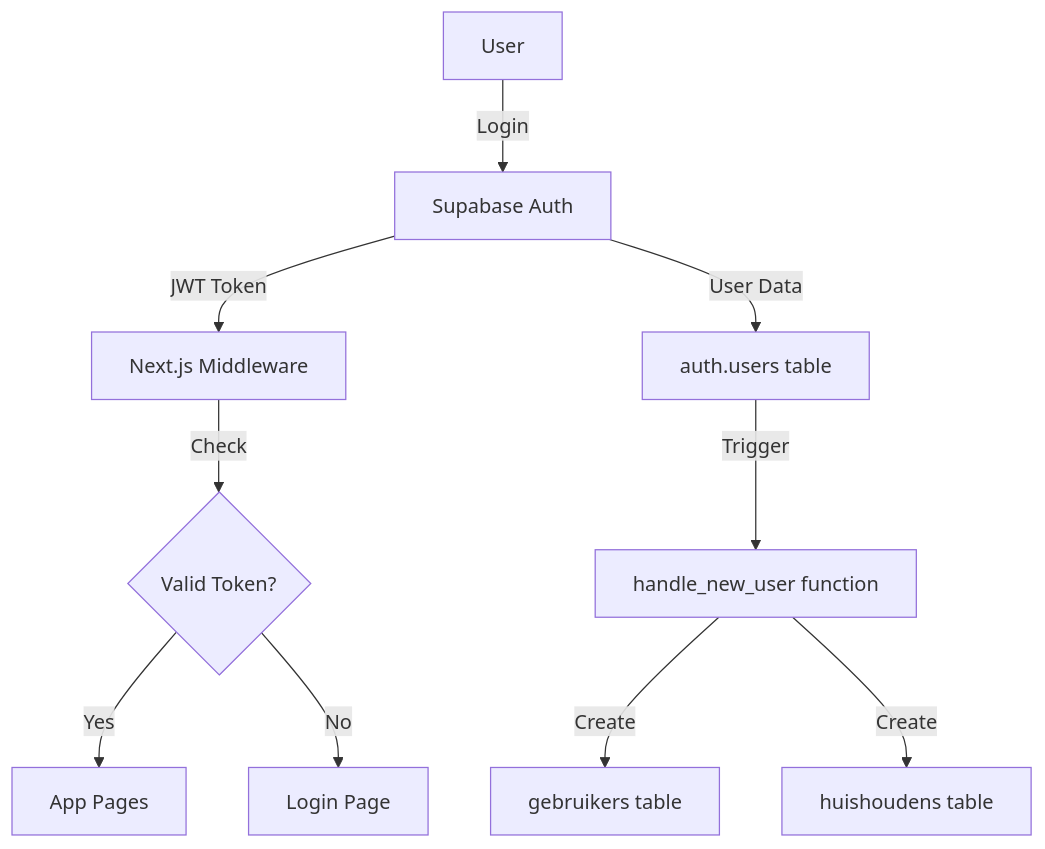
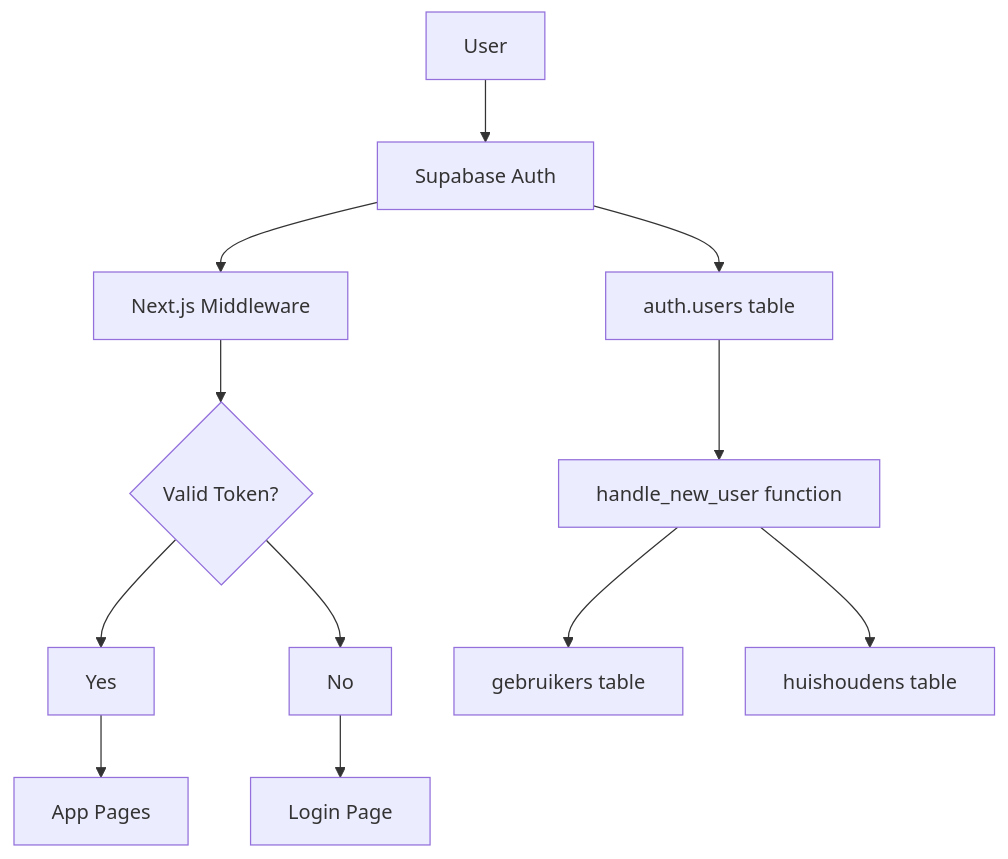
The sixth of 6 diagrams in docs/ARCHITECTURE.md (rob-erwt/recepten-app), drawn with Mermaid before and after one commit. The commit also changed other lines of this file and 7 other files, not shown here.

````diff
--- a/docs/ARCHITECTURE.md
+++ b/docs/ARCHITECTURE.md
@@ -195,13 +192,15 @@
 ```mermaid
 flowchart TB
-    A[User] -->|Login| B[Supabase Auth]
-    B -->|JWT Token| C[Next.js Middleware]
-    C -->|Check| D{Valid Token?}
-    D -->|Yes| E[App Pages]
-    D -->|No| F[Login Page]
+    A[User] --> B[Supabase Auth]
+    B --> C[Next.js Middleware]
+    C --> D{Valid Token?}
+    D --> E1[Yes]
+    D --> E2[No]
+    E1 --> E[App Pages]
+    E2 --> F[Login Page]
     
-    B -->|User Data| G[auth.users table]
-    G -->|Trigger| H[handle_new_user function]
-    H -->|Create| I[gebruikers table]
-    H -->|Create| J[huishoudens table]
+    B --> G[auth.users table]
+    G --> H[handle_new_user function]
+    H --> I[gebruikers table]
+    H --> J[huishoudens table]
 ```
````
